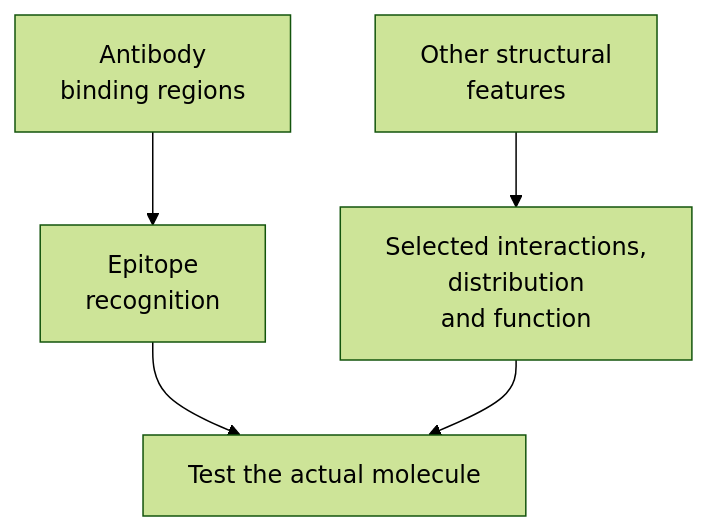
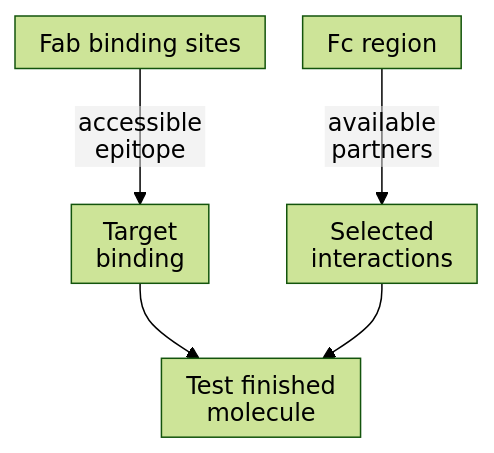
The diagram in wiki/education/concepts/immunology/antibodies-and-b-cells/antibody-structure.md (jasonLaster/oncoguide), drawn with Mermaid (forest theme) before and after one commit. The commit also changed other lines of this file and 30 other files, not shown here.

````diff
--- a/wiki/education/concepts/immunology/antibodies-and-b-cells/antibody-structure.md
+++ b/wiki/education/concepts/immunology/antibodies-and-b-cells/antibody-structure.md
@@ -40,7 +46,8 @@
 ```mermaid
+%%{init: {"htmlLabels":false,"flowchart":{"htmlLabels":false,"padding":8,"nodeSpacing":25}}}%%
 flowchart TD
-  A["Antibody<br/>binding regions"] --> B["Epitope<br/>recognition"]
-  C["Other structural<br/>features"] --> D["Selected interactions,<br/>distribution<br/>and function"]
-  B --> E["Test the actual molecule"]
+  A["Fab binding sites"] -->|"accessible<br/>epitope"| B["Target<br/>binding"]
+  C["Fc region"] -->|"available<br/>partners"| D["Selected<br/>interactions"]
+  B --> E["Test finished<br/>molecule"]
   D --> E
 ```
````
